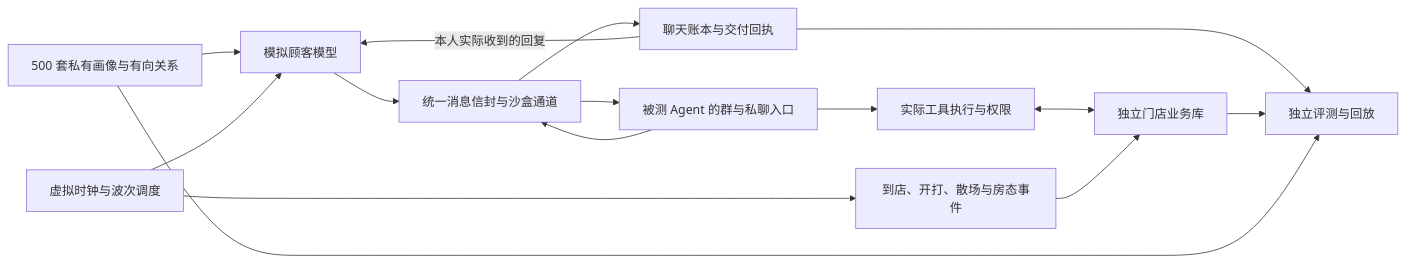
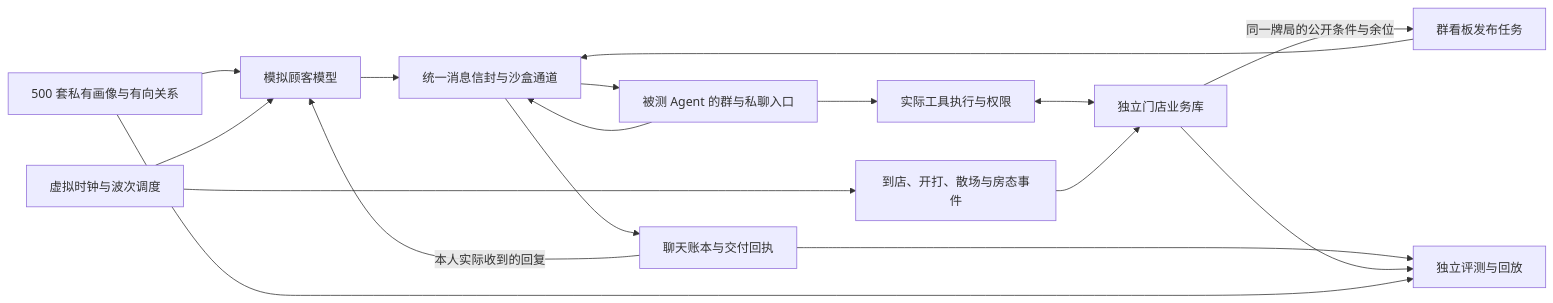
Before and after one commit to Schatt3n/mahjong-ops-agent: the diagram in docs/venue_simulation.md, drawn with Mermaid. The commit also changed other lines of this file and 4 other files, not shown here.

````diff
--- a/docs/venue_simulation.md
+++ b/docs/venue_simulation.md
@@ -22,17 +23,19 @@
 ```mermaid
 flowchart LR
     P["500 套私有画像与有向关系"] --> U["模拟顾客模型"]
     Q["虚拟时钟与波次调度"] --> U
     U --> C["统一消息信封与沙盒通道"]
     C --> R["被测 Agent 的群与私聊入口"]
     R --> X["实际工具执行与权限"]
     X <--> S["独立门店业务库"]
+    S -->|"同一牌局的公开条件与余位"| B["群看板发布任务"]
+    B --> C
     Q --> W["到店、开打、散场与房态事件"]
     W --> S
     R --> C
     C --> H["聊天账本与交付回执"]
     H -->|"本人实际收到的回复"| U
     H --> J["独立评测与回放"]
     S --> J
     P --> J
 ```
````
